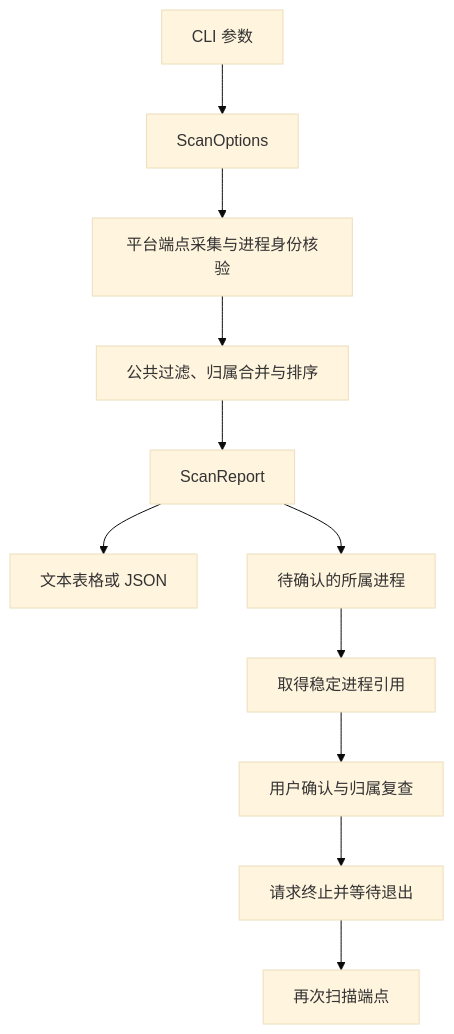
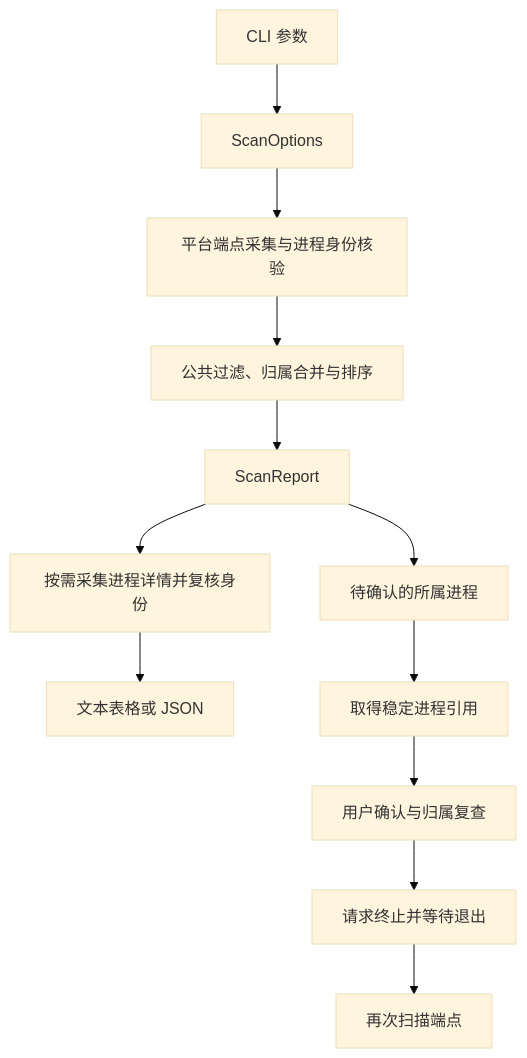
The diagram in docs/architecture.md (CIPFZ/portsnap), drawn with Mermaid (base theme) before and after one commit. The commit also changed other lines of this file and 20 other files, not shown here.

````diff
--- a/docs/architecture.md
+++ b/docs/architecture.md
@@ -20,13 +20,14 @@
 ```mermaid
 flowchart TD
     A[CLI 参数] --> B[ScanOptions]
     B --> C[平台端点采集与进程身份核验]
     C --> D[公共过滤、归属合并与排序]
     D --> E[ScanReport]
-    E --> F[文本表格或 JSON]
+    E --> L[按需采集进程详情并复核身份]
+    L --> F[文本表格或 JSON]
     E --> G[待确认的所属进程]
     G --> H[取得稳定进程引用]
     H --> I[用户确认与归属复查]
     I --> J[请求终止并等待退出]
     J --> K[再次扫描端点]
 ```
````
